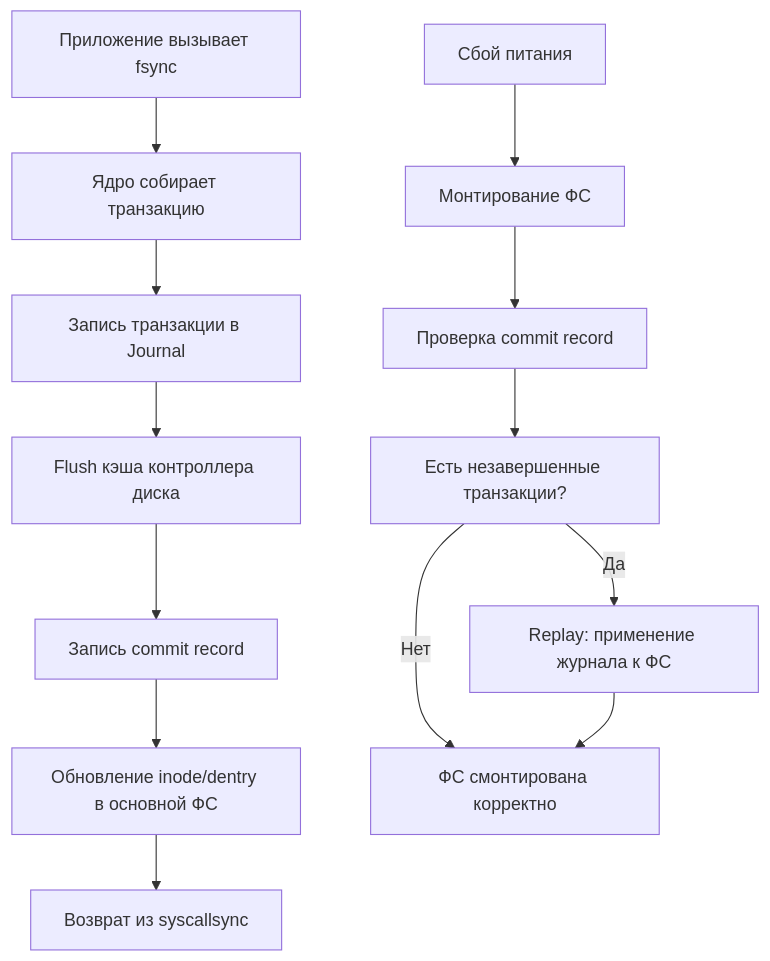
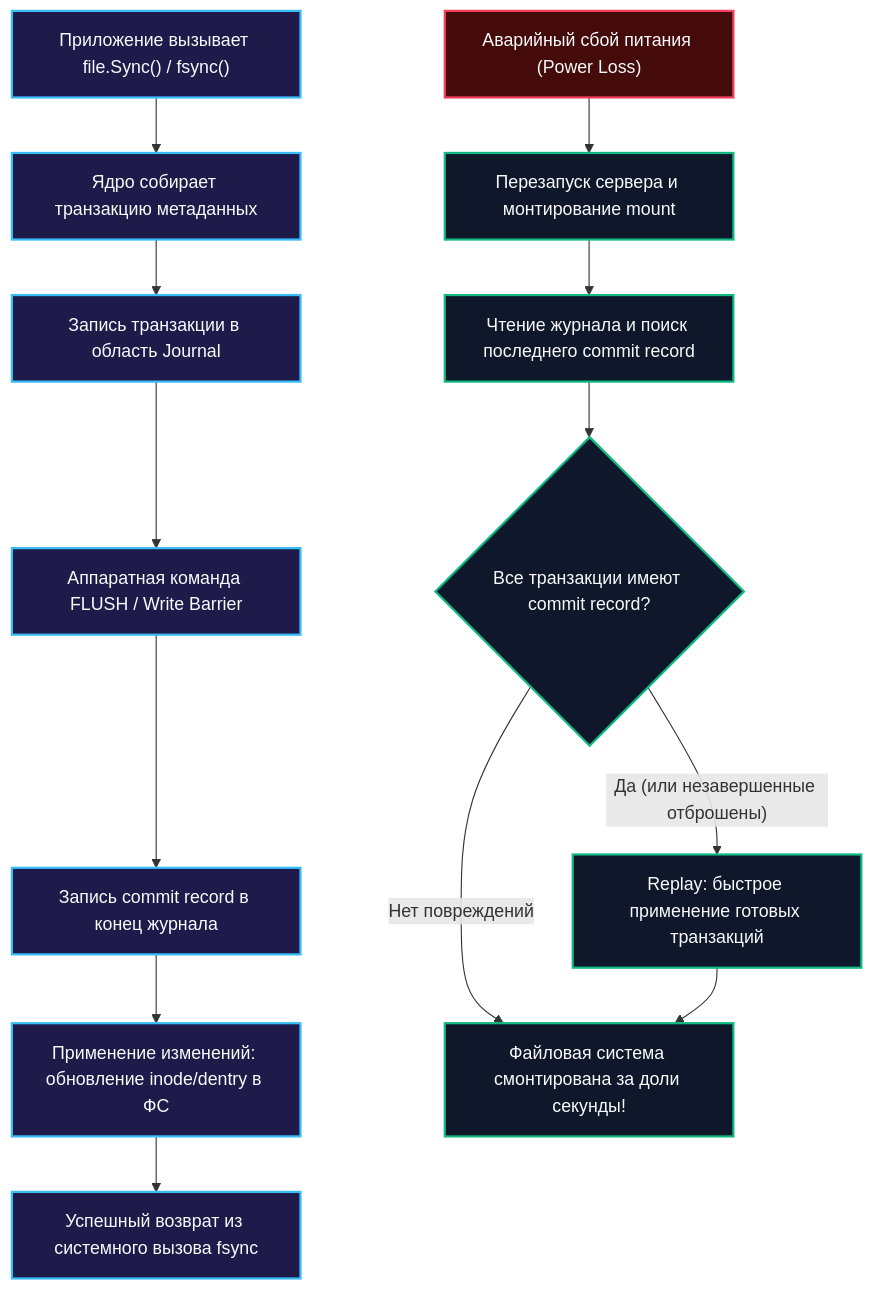
The third of 3 diagrams in sources/2. Устройство и работа ОС/41. Журналируемые файловые системы.md (UnrealTemplier/go-textbook), drawn with Mermaid before and after one commit. The commit also changed other lines of this file, not shown here.

Commit message:
feat(module-02): editorial rewrite of Lecture 41 (Journaling, WAL, data=ordered, Write Barrier, fsync, fdatasync) in Kernighan style

````diff
--- a/sources/2. Устройство и работа ОС/41. Журналируемые файловые системы.md
+++ b/sources/2. Устройство и работа ОС/41. Журналируемые файловые системы.md
@@ -45,16 +106,24 @@
 ```mermaid
 flowchart TD
-    A[Приложение вызывает fsync] --> B[Ядро собирает транзакцию]
-    B --> C[Запись транзакции в Journal]
-    C --> D[Flush кэша контроллера диска]
-    D --> E[Запись commit record]
-    E --> F[Обновление inode/dentry в основной ФС]
-    F --> G[Возврат из syscallsync]
+    A["Приложение вызывает file.Sync() / fsync()"] --> B["Ядро собирает транзакцию метаданных"]
+    B --> C["Запись транзакции в область Journal"]
+    C --> D["Аппаратная команда FLUSH / Write Barrier"]
+    D --> E["Запись commit record в конец журнала"]
+    E --> F["Применение изменений: обновление inode/dentry в ФС"]
+    F --> G["Успешный возврат из системного вызова fsync"]
     
-    H[Сбой питания] --> I[Монтирование ФС]
-    I --> J[Проверка commit record]
-    J --> K[Есть незавершенные транзакции?]
-    K -->|Да| L[Replay: применение журнала к ФС]
-    K -->|Нет| M[ФС смонтирована корректно]
+    H["Аварийный сбой питания (Power Loss)"] --> I["Перезапуск сервера и монтирование mount"]
+    I --> J["Чтение журнала и поиск последнего commit record"]
+    J --> K{"Все транзакции имеют commit record?"}
+    K -->|"Да (или незавершенные отброшены)"| L["Replay: быстрое применение готовых транзакций"]
+    K -->|"Нет повреждений"| M["Файловая система смонтирована за доли секунды!"]
     L --> M
+
+    classDef sync fill:#1e1b4b,stroke:#38bdf8,stroke-width:2px,color:#f8fafc;
+    classDef recov fill:#0f172a,stroke:#10b981,stroke-width:2px,color:#f8fafc;
+    classDef alert fill:#450a0a,stroke:#f43f5e,stroke-width:2px,color:#f8fafc;
+
+    class A,B,C,D,E,F,G sync;
+    class I,J,K,L,M recov;
+    class H alert;
 ```
````
